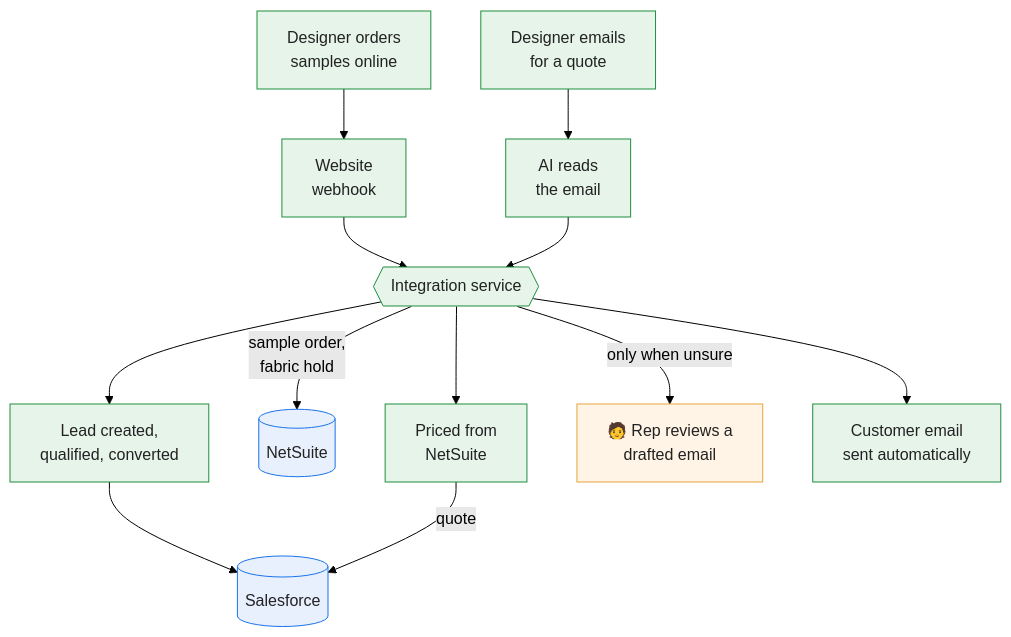
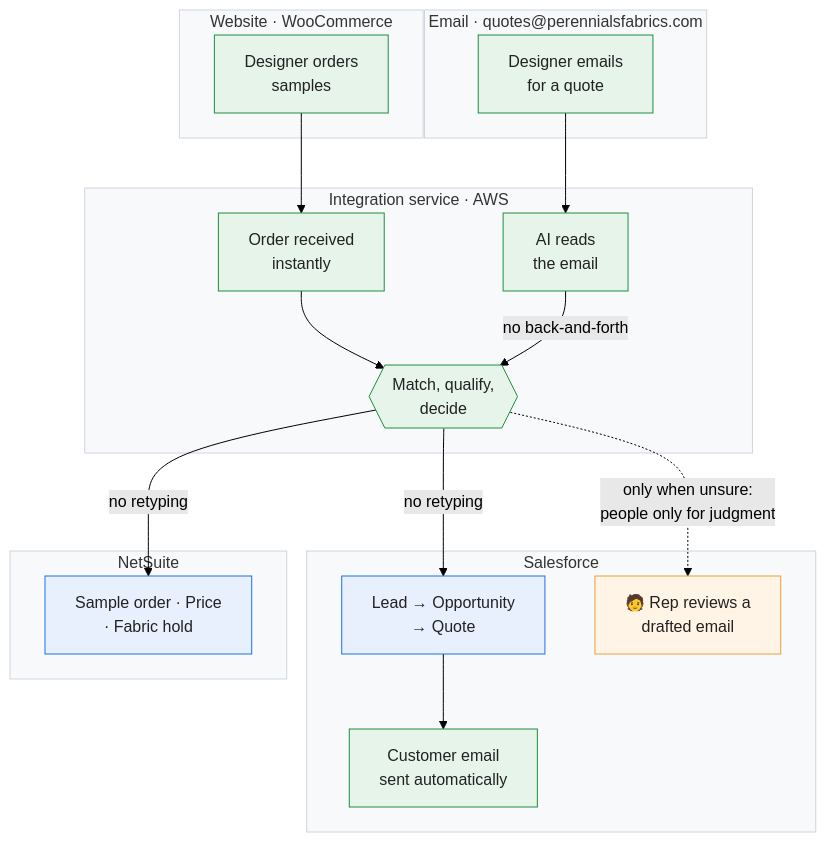
The second of 2 diagrams in README.md (bennettdavisv2/perennials-sample-to-quote), drawn with Mermaid (forest theme) before and after one commit. The commit also changed other lines of this file, not shown here.

Commit message:
README: system lanes, benefit tags and headline for the new-flow diagram
- Boxes sit in lanes for the system they run in (WooCommerce, quotes@,
  AWS integration service, Salesforce, NetSuite)
- Benefit tags where they happen: no retyping, no back-and-forth,
  people only for judgment
- One headline line with Dana's journey numbers (moved up from below)

````diff
--- a/README.md
+++ b/README.md
@@ -26,20 +26,39 @@
 ```mermaid
 flowchart TB
-  s1["Designer orders<br/>samples online"] --> wh["Website<br/>webhook"]
-  q1["Designer emails<br/>for a quote"] --> ai["AI reads<br/>the email"]
-  wh --> orch{{"Integration service"}}
-  ai --> orch
-  orch --> dq["Lead created,<br/>qualified, converted"]
-  dq --> sf[("Salesforce")]
-  orch -- "sample order,<br/>fabric hold" --> ns[("NetSuite")]
-  orch --> pr["Priced from<br/>NetSuite"]
-  pr -- "quote" --> sf
-  orch -- "only when unsure" --> rv["🧑 Rep reviews a<br/>drafted email"]
-  orch --> em["Customer email<br/>sent automatically"]
+  subgraph WEB["Website · WooCommerce"]
+    s1["Designer orders<br/>samples"]
+  end
+  subgraph MAIL["Email · quotes@perennialsfabrics.com"]
+    q1["Designer emails<br/>for a quote"]
+  end
+  subgraph INT["Integration service · AWS"]
+    wh["Order received<br/>instantly"]
+    ai["AI reads<br/>the email"]
+    dec{{"Match, qualify,<br/>decide"}}
+  end
+  subgraph SF["Salesforce"]
+    sf1["Lead → Opportunity<br/>→ Quote"]
+    em["Customer email<br/>sent automatically"]
+    rv["🧑 Rep reviews a<br/>drafted email"]
+  end
+  subgraph NS["NetSuite"]
+    ns1["Sample order · Price<br/>· Fabric hold"]
+  end
+  s1 --> wh --> dec
+  q1 --> ai -- "no back-and-forth" --> dec
+  dec -- "no retyping" --> sf1
+  dec -- "no retyping" --> ns1
+  sf1 --> em
+  dec -. "only when unsure:<br/>people only for judgment" .-> rv
   classDef auto fill:#e6f4ea,stroke:#1e8e3e,color:#222
   classDef human fill:#fff4e5,stroke:#e8a33d,color:#222
   classDef sys fill:#e8f0fe,stroke:#1a73e8,color:#222
-  class s1,wh,q1,ai,orch,dq,pr,em auto
+  class s1,q1,wh,ai,dec,em auto
   class rv human
-  class sf,ns sys
+  class sf1,ns1 sys
+  style WEB fill:#f8f9fb,stroke:#d0d5dd
+  style MAIL fill:#f8f9fb,stroke:#d0d5dd
+  style INT fill:#f8f9fb,stroke:#d0d5dd
+  style SF fill:#f8f9fb,stroke:#d0d5dd
+  style NS fill:#f8f9fb,stroke:#d0d5dd
 ```
````
